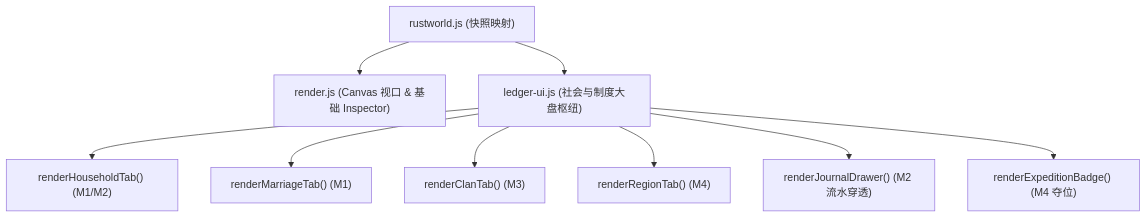
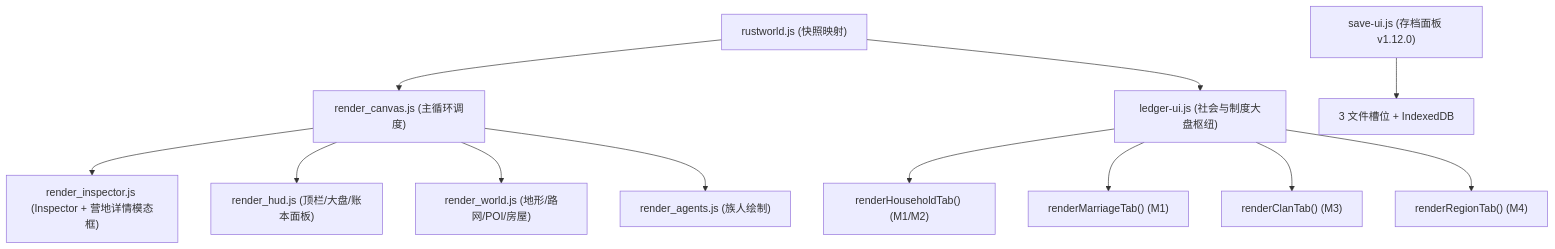
The fourth of 6 diagrams in docs/UI_SPEC_AND_LEDGER_DESIGN.md (g39088902/FlowAndAccord), drawn with Mermaid before and after one commit. The commit also changed other lines of this file and 20 other files, not shown here.

````diff
--- a/docs/UI_SPEC_AND_LEDGER_DESIGN.md
+++ b/docs/UI_SPEC_AND_LEDGER_DESIGN.md
@@ -377,11 +473,14 @@
 ```mermaid
 graph TD
-    A["rustworld.js (快照映射)"] --> B["render.js (Canvas 视口 & 基础 Inspector)"]
-    A --> C["ledger-ui.js (社会与制度大盘枢纽)"]
-    C --> T1["renderHouseholdTab() (M1/M2)"]
-    C --> T2["renderMarriageTab() (M1)"]
-    C --> T3["renderClanTab() (M3)"]
-    C --> T4["renderRegionTab() (M4)"]
-    C --> D1["renderJournalDrawer() (M2 流水穿透)"]
-    C --> D2["renderExpeditionBadge() (M4 夺位)"]
+    A["rustworld.js (快照映射)"] --> B["render_canvas.js (主循环调度)"]
+    B --> C["render_inspector.js (Inspector + 营地详情模态框)"]
+    B --> D["render_hud.js (顶栏/大盘/账本面板)"]
+    B --> E["render_world.js (地形/路网/POI/房屋)"]
+    B --> F["render_agents.js (族人绘制)"]
+    A --> G["ledger-ui.js (社会与制度大盘枢纽)"]
+    G --> T1["renderHouseholdTab() (M1/M2)"]
+    G --> T2["renderMarriageTab() (M1)"]
+    G --> T3["renderClanTab() (M3)"]
+    G --> T4["renderRegionTab() (M4)"]
+    H["save-ui.js (存档面板 v1.12.0)"] --> I["3 文件槽位 + IndexedDB"]
 ```
````
